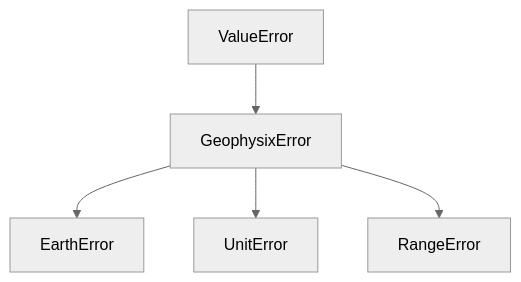
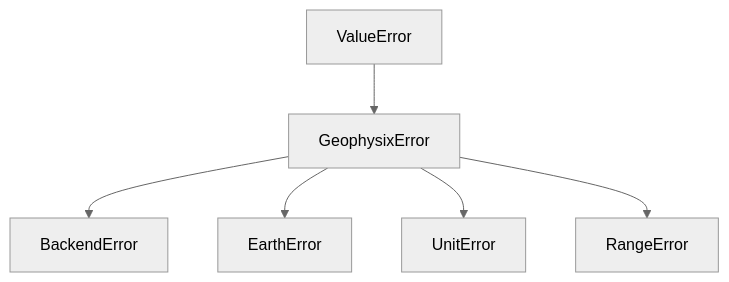
One commit to jejjohnson/geophysix changed the diagram in docs/api/exceptions.md. Above: the diagram before and after it, drawn with Mermaid (neutral theme). The commit also changed 20 other files, not shown here.

````diff
--- a/docs/api/exceptions.md
+++ b/docs/api/exceptions.md
@@ -5,7 +5,8 @@
 ```mermaid
 graph TD
     V[ValueError] --> G[GeophysixError]
+    G --> B[BackendError]
     G --> E[EarthError]
     G --> U[UnitError]
     G --> R[RangeError]
 ```
````
